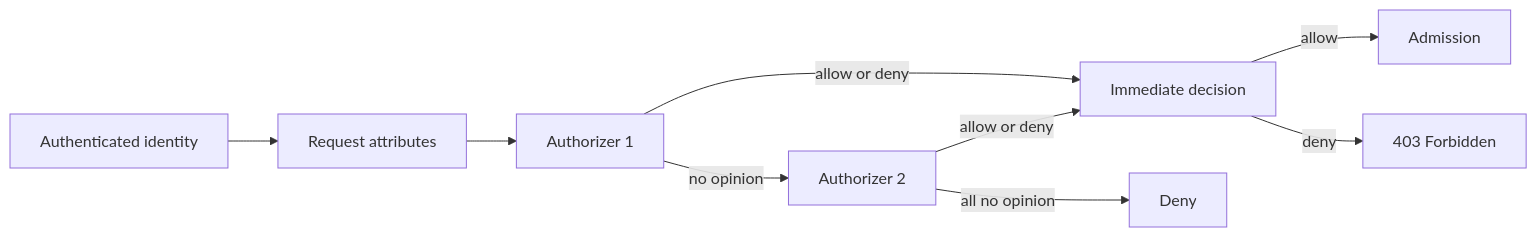
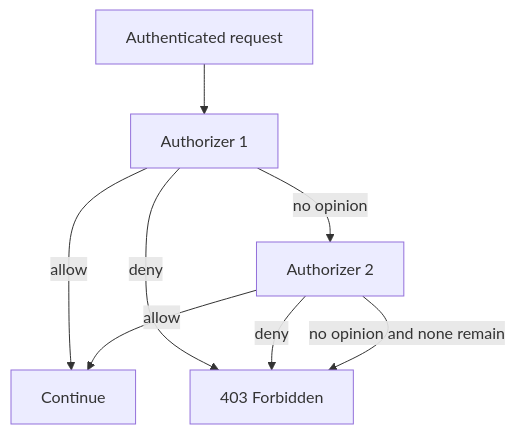
Diagram 18 of 29 in Day-02-README.md (asadjan4611/K8s-Tutorial), drawn with Mermaid before and after one commit. The commit also changed other lines of this file, not shown here.

````diff
--- a/Day-02-README.md
+++ b/Day-02-README.md
@@ -421,11 +1603,10 @@
 ```mermaid
-flowchart LR
-    ID[Authenticated identity] --> ATTR[Request attributes]
-    ATTR --> A1[Authorizer 1]
-    A1 -->|allow or deny| DEC[Immediate decision]
+flowchart TD
+    REQ[Authenticated request] --> A1[Authorizer 1]
+    A1 -->|allow| PASS[Continue]
+    A1 -->|deny| STOP[403 Forbidden]
     A1 -->|no opinion| A2[Authorizer 2]
-    A2 -->|allow or deny| DEC
-    A2 -->|all no opinion| DENY[Deny]
-    DEC -->|allow| ADM[Admission]
-    DEC -->|deny| F403[403 Forbidden]
+    A2 -->|allow| PASS
+    A2 -->|deny| STOP
+    A2 -->|no opinion and none remain| STOP
 ```
````
